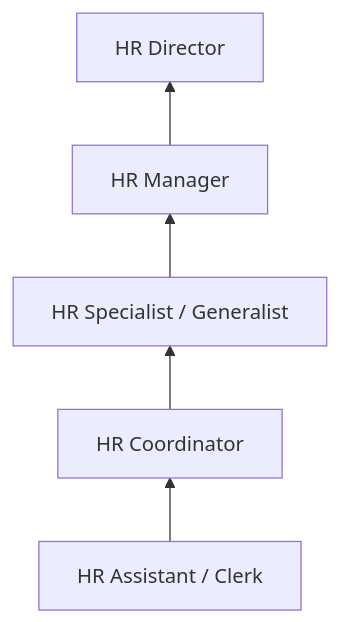
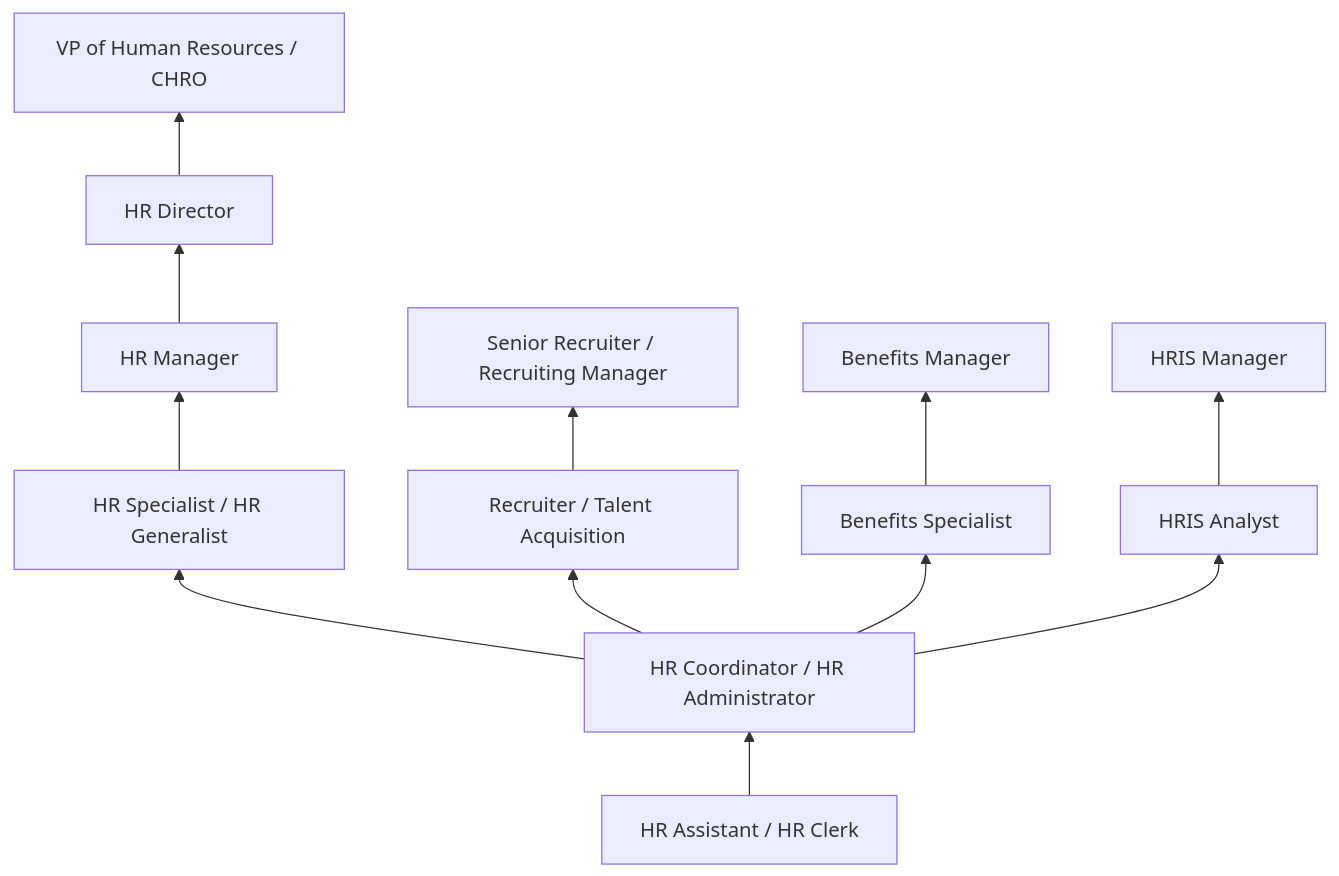
Before and after one commit to kziemski/business.org.ai: the third of 4 diagrams in occupations/Administrative/HumanResourcesAssistantsExceptPayrollAndTimekeeping.mdx, drawn with Mermaid. The commit also changed other lines of this file and 19 other files, not shown here.

````diff
--- a/occupations/Administrative/HumanResourcesAssistantsExceptPayrollAndTimekeeping.mdx
+++ b/occupations/Administrative/HumanResourcesAssistantsExceptPayrollAndTimekeeping.mdx
@@ -76,7 +136,17 @@
 ```mermaid
 graph BT
-    Entry["HR Assistant / Clerk"] --> Mid["HR Coordinator"]
-    Mid --> Senior["HR Specialist / Generalist"]
+    Entry["HR Assistant / HR Clerk"] --> Mid["HR Coordinator / HR Administrator"]
+    Mid --> Senior["HR Specialist / HR Generalist"]
     Senior --> Manager["HR Manager"]
     Manager --> Director["HR Director"]
+    Director --> VP["VP of Human Resources / CHRO"]
+
+    Mid --> Recruiter["Recruiter / Talent Acquisition"]
+    Recruiter --> SrRecruiter["Senior Recruiter / Recruiting Manager"]
+
+    Mid --> Benefits["Benefits Specialist"]
+    Benefits --> BenMgr["Benefits Manager"]
+
+    Mid --> HRIS["HRIS Analyst"]
+    HRIS --> HRISMgr["HRIS Manager"]
 ```
````
